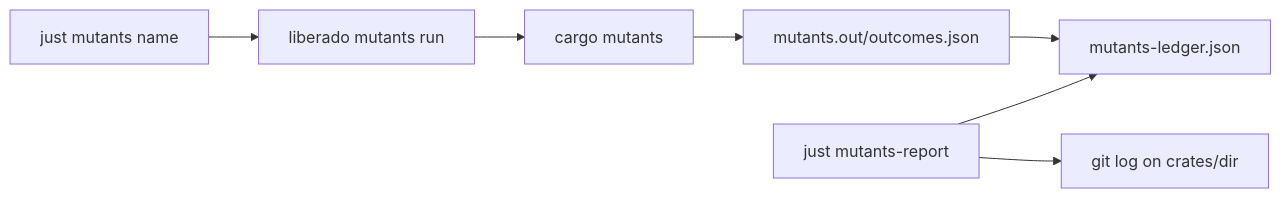
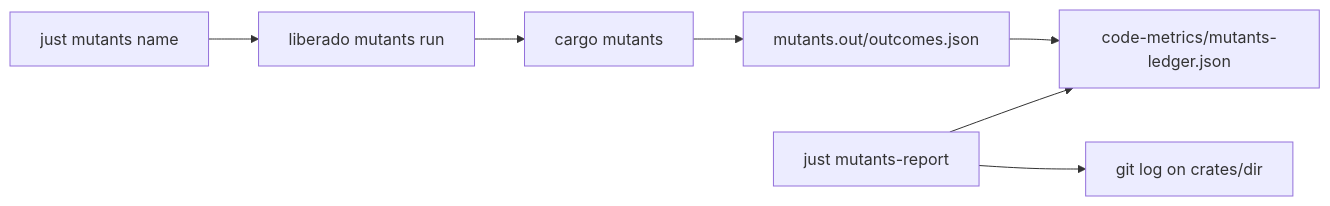
Before and after one commit to ForrestThump/liberado: the diagram in docs/future-work/archive/mutants-campaign-ledger-plan.md, drawn with Mermaid. The commit also changed other lines of this file and 165 other files, not shown here.

First line of the commit message:
chore: tidy skills, code-metrics, and ignore local IDE dumps

````diff
--- a/docs/future-work/archive/mutants-campaign-ledger-plan.md
+++ b/docs/future-work/archive/mutants-campaign-ledger-plan.md
@@ -21,16 +21,16 @@
 ```mermaid
 flowchart LR
   justRun["just mutants name"]
   cliRun["liberado mutants run"]
   cargoMut["cargo mutants"]
   outDir["mutants.out/outcomes.json"]
-  ledger["mutants-ledger.json"]
+  ledger["code-metrics/mutants-ledger.json"]
   justReport["just mutants-report"]
   gitLog["git log on crates/dir"]
   justRun --> cliRun
   cliRun --> cargoMut
   cargoMut --> outDir
   outDir --> ledger
   justReport --> ledger
   justReport --> gitLog
 ```
````
